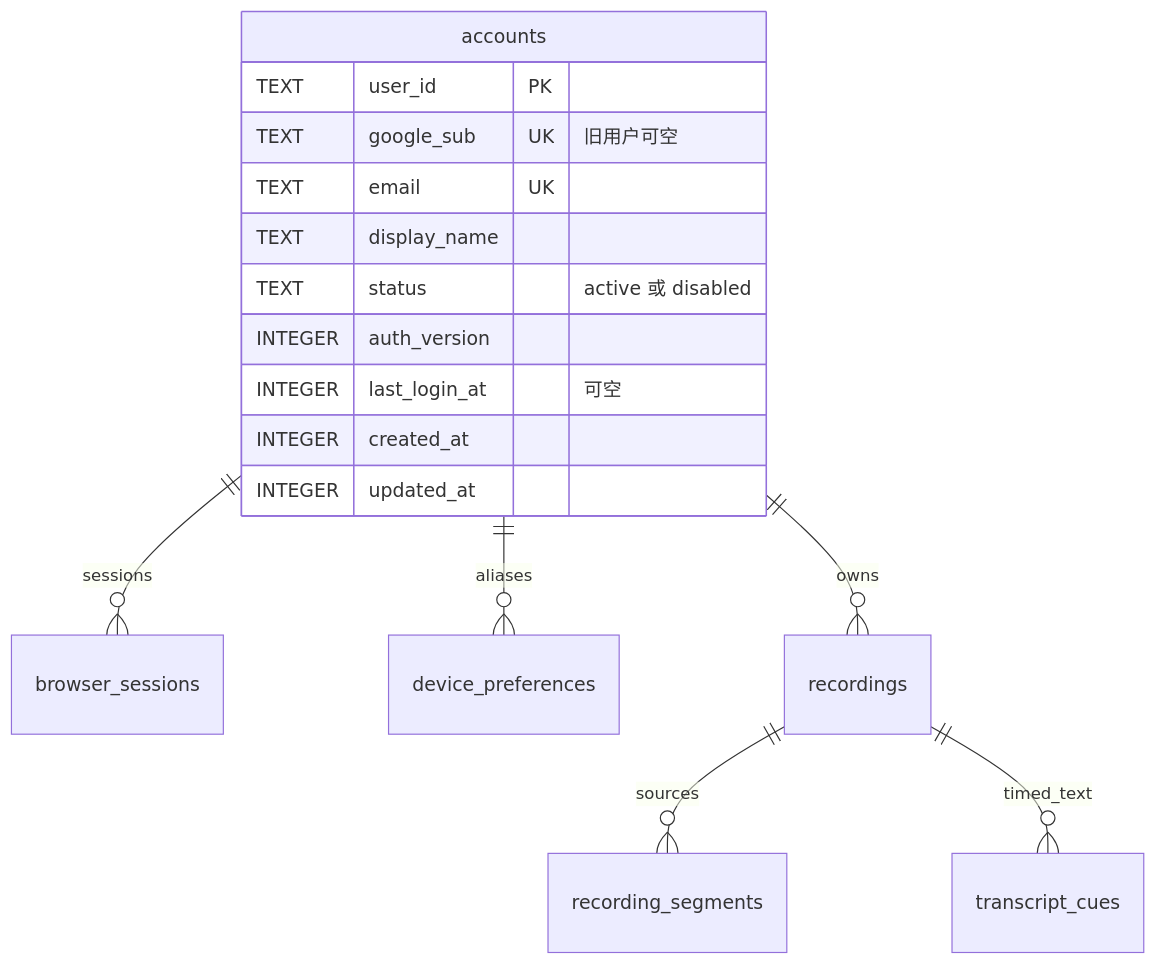
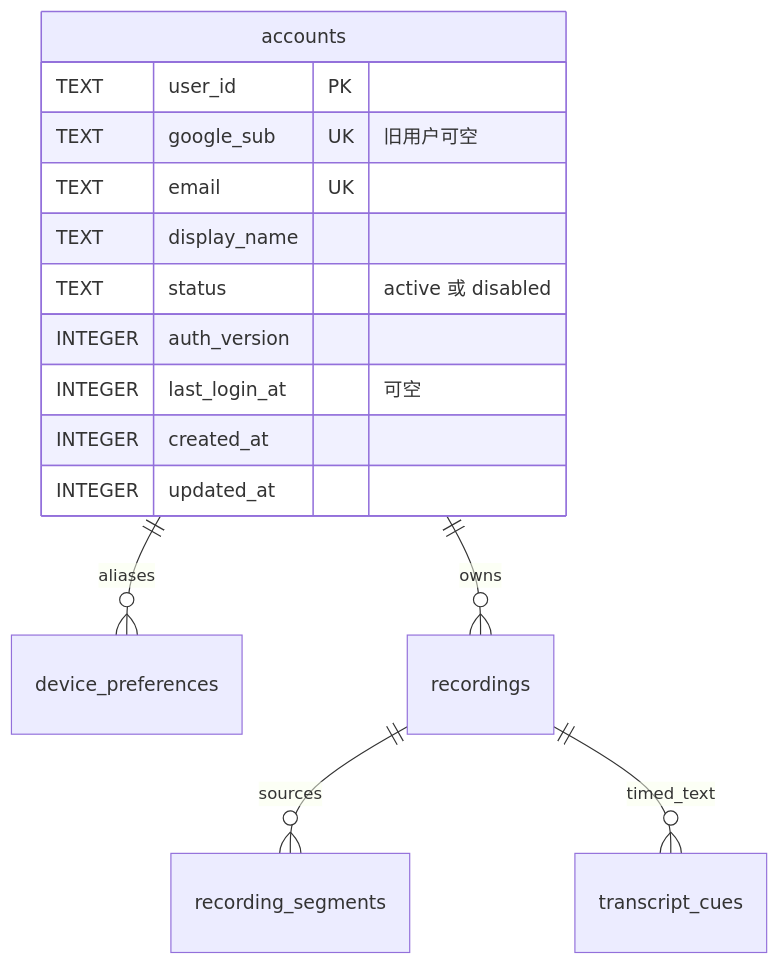
One commit to boboliu-1010/speaker changed the diagram in docs/assets/diagrams/02-user-data-model.mmd. Above: the diagram before and after it, drawn with Mermaid. The commit also changed 27 other files, not shown here.

Commit message:
docs: complete diagram-first design with memory login and transcript storage

```diff
--- a/docs/assets/diagrams/02-user-data-model.mmd
+++ b/docs/assets/diagrams/02-user-data-model.mmd
@@ -1,17 +1,16 @@
 erDiagram
     accounts {
         TEXT user_id PK
         TEXT google_sub UK "旧用户可空"
         TEXT email UK
         TEXT display_name
         TEXT status "active 或 disabled"
         INTEGER auth_version
         INTEGER last_login_at "可空"
         INTEGER created_at
         INTEGER updated_at
     }
-    accounts ||--o{ browser_sessions : sessions
     accounts ||--o{ device_preferences : aliases
     accounts ||--o{ recordings : owns
     recordings ||--o{ recording_segments : sources
     recordings ||--o{ transcript_cues : timed_text
```
